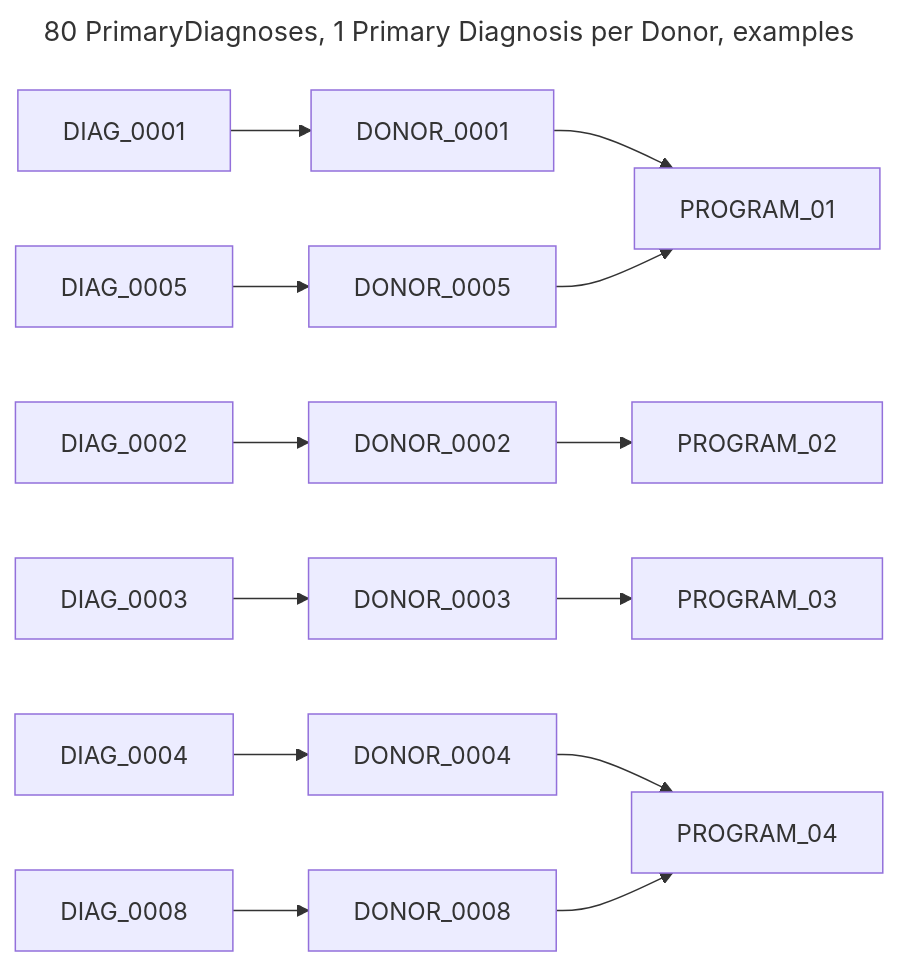
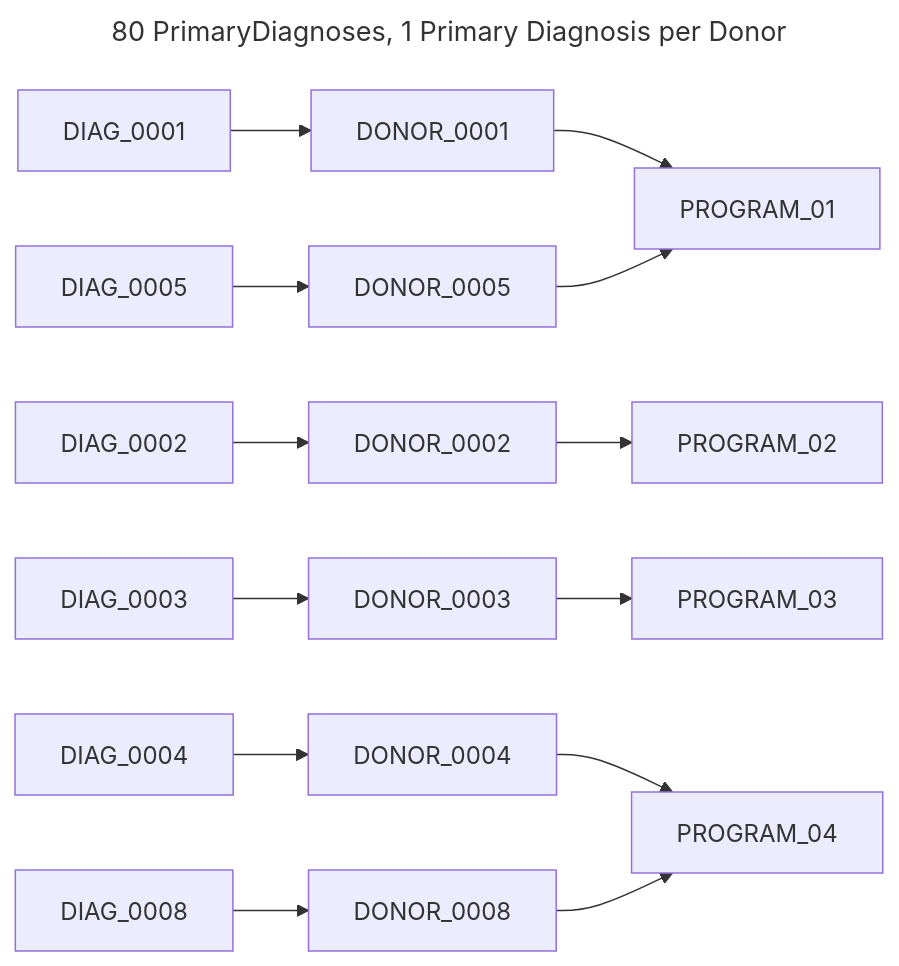
The second of 13 diagrams in chord_metadata_service/mohpackets/data/small_dataset/README.md (CanDIG/katsu), drawn with Mermaid before and after one commit. The commit also changed other lines of this file, not shown here.

Commit message:
adjust sample graph

````diff
--- a/chord_metadata_service/mohpackets/data/small_dataset/README.md
+++ b/chord_metadata_service/mohpackets/data/small_dataset/README.md
@@ -36,12 +34,12 @@
 ```mermaid
 ---
-title: 80 PrimaryDiagnoses, 1 Primary Diagnosis per Donor, examples
+title: 80 PrimaryDiagnoses, 1 Primary Diagnosis per Donor
 ---
 graph LR;  
   DIAG_0001 --> DONOR_0001 --> PROGRAM_01;  
   DIAG_0005 --> DONOR_0005 --> PROGRAM_01;  
   DIAG_0002 --> DONOR_0002 --> PROGRAM_02;  
   DIAG_0003 --> DONOR_0003 --> PROGRAM_03;  
   DIAG_0004 --> DONOR_0004 --> PROGRAM_04;
   DIAG_0008 --> DONOR_0008 --> PROGRAM_04;
 ```
````
